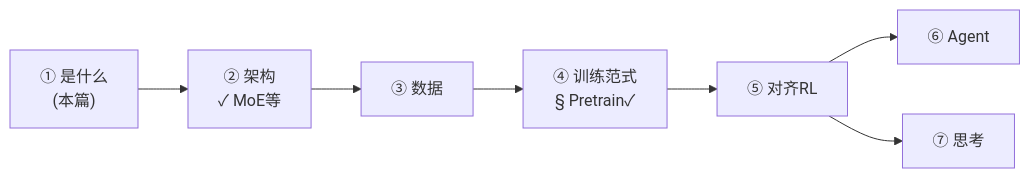
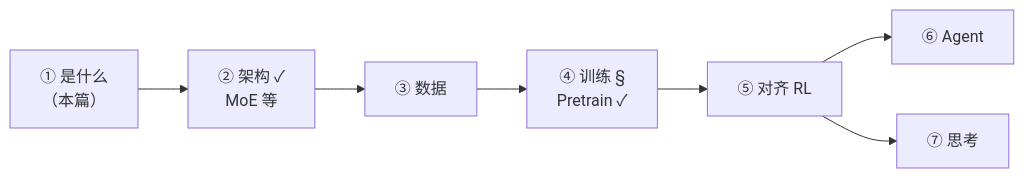
One commit to leing2021/ai-learn changed the second of 2 diagrams in content/overview.md. Above: the diagram before and after it, drawn with Mermaid. The commit also changed other lines of this file and 4 other files, not shown here.

````diff
--- a/content/overview.md
+++ b/content/overview.md
@@ -56,9 +60,9 @@
 ```mermaid
 flowchart LR
-    A["① 是什么<br/>(本篇)"] --> B["② 架构<br/>✓ MoE等"]
+    A["① 是什么<br/>（本篇）"] --> B["② 架构 ✓<br/>MoE 等"]
     B --> C["③ 数据"]
-    C --> D["④ 训练范式<br/>§ Pretrain✓"]
-    D --> E["⑤ 对齐RL"]
+    C --> D["④ 训练 §<br/>Pretrain ✓"]
+    D --> E["⑤ 对齐 RL"]
     E --> F["⑥ Agent"]
     E --> G["⑦ 思考"]
 ```
````
